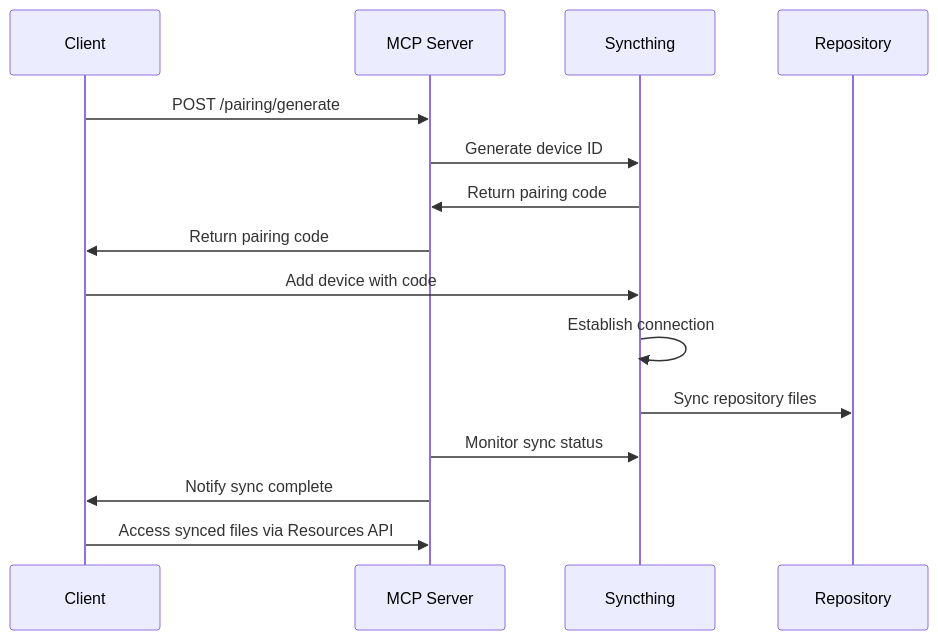
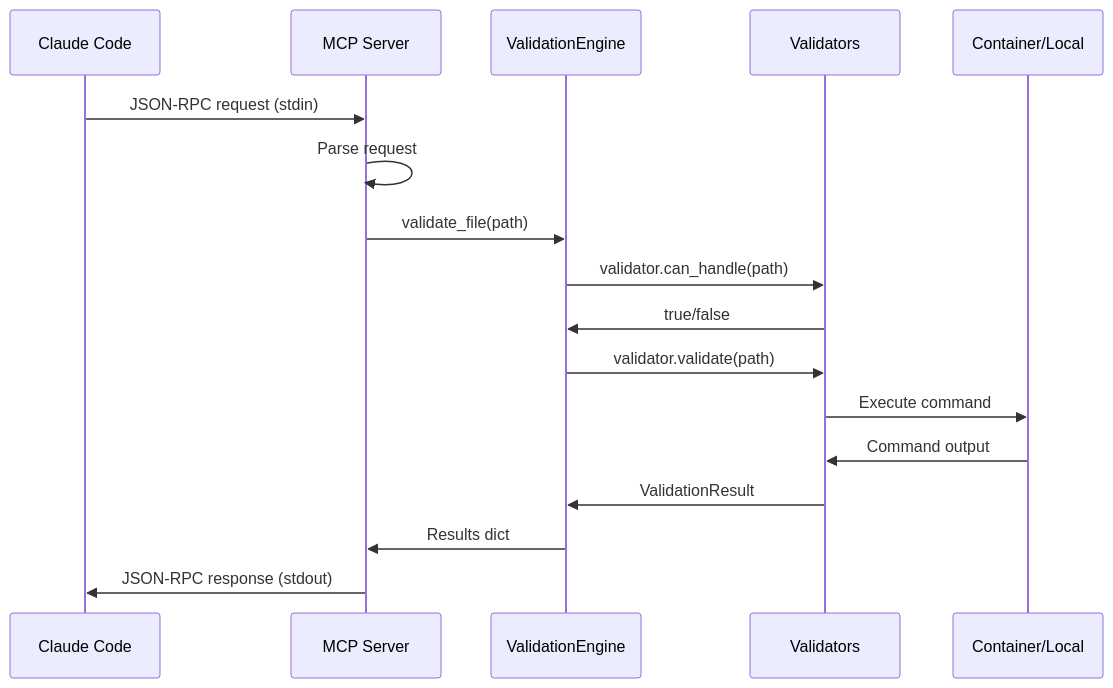
Before and after one commit to tinyland-inc/tinyland-huskycat: the second of 2 diagrams in docs/mcp-architecture.md, drawn with Mermaid. The commit also changed other lines of this file and 6 other files, not shown here.

````diff
--- a/docs/mcp-architecture.md
+++ b/docs/mcp-architecture.md
@@ -180,20 +318,20 @@
 ```mermaid
 sequenceDiagram
-    participant C as Client
-    participant S as MCP Server
-    participant ST as Syncthing
-    participant R as Repository
-    
-    C->>S: POST /pairing/generate
-    S->>ST: Generate device ID
-    ST->>S: Return pairing code
-    S->>C: Return pairing code
-    
-    C->>ST: Add device with code
-    ST->>ST: Establish connection
-    ST->>R: Sync repository files
-    
-    S->>ST: Monitor sync status
-    S->>C: Notify sync complete
-    C->>S: Access synced files via Resources API
+    participant CC as Claude Code
+    participant MCP as MCP Server
+    participant VE as ValidationEngine
+    participant V as Validators
+    participant C as Container/Local
+
+    CC->>MCP: JSON-RPC request (stdin)
+    MCP->>MCP: Parse request
+    MCP->>VE: validate_file(path)
+    VE->>V: validator.can_handle(path)
+    V->>VE: true/false
+    VE->>V: validator.validate(path)
+    V->>C: Execute command
+    C->>V: Command output
+    V->>VE: ValidationResult
+    VE->>MCP: Results dict
+    MCP->>CC: JSON-RPC response (stdout)
 ```
````
